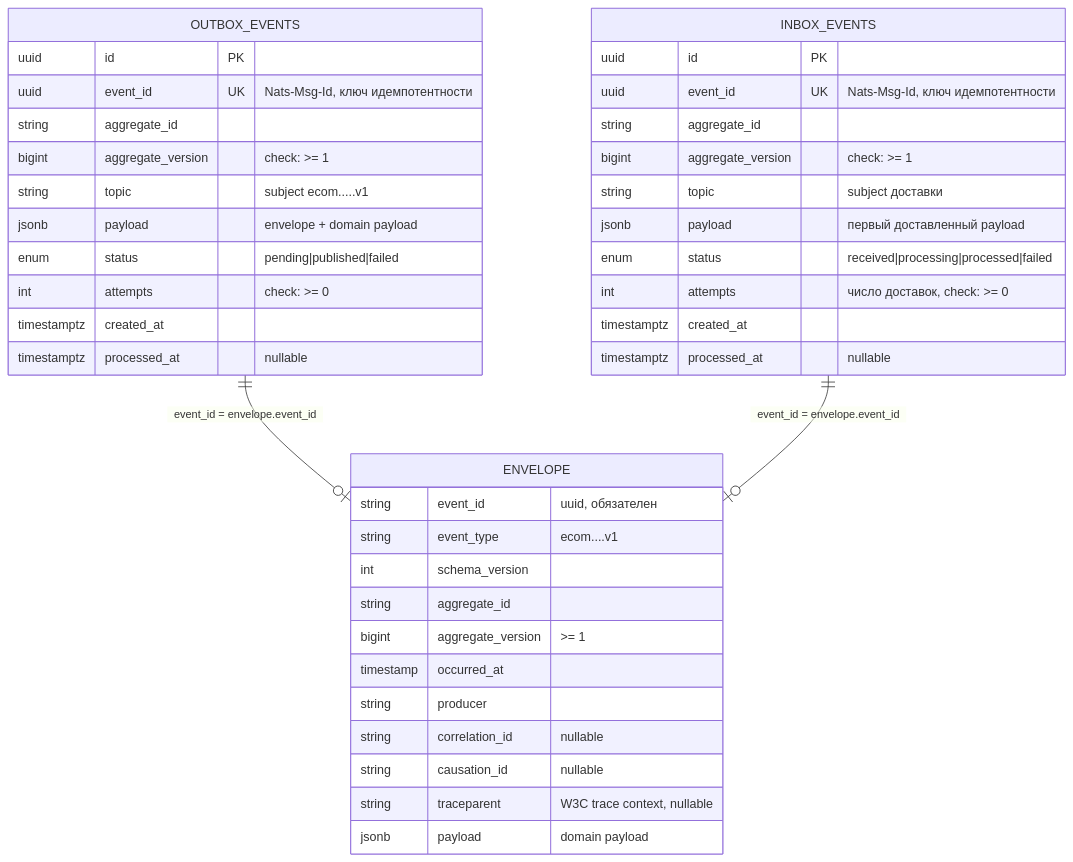
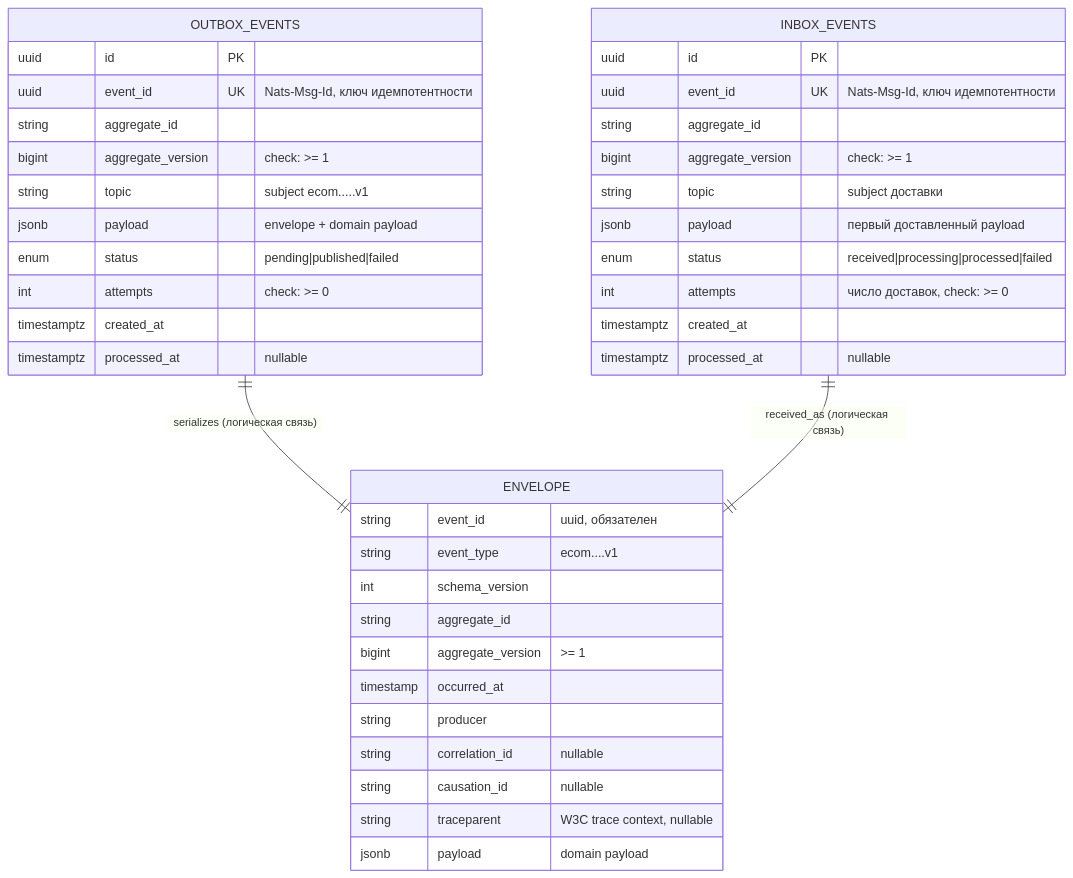
Before and after one commit to devcen-online/ecom-go-outbox: the diagram in docs/ERD.md, drawn with Mermaid. The commit also changed other lines of this file and 1 other file, not shown here.

Commit message:
docs: ERD-OB-001 v0.2.0 и ADR-001 accepted — правки ревью (нумерация S-N, INV-8/INV-9, Q-1 закрыт, кардинальность 1:1)

````diff
--- a/docs/ERD.md
+++ b/docs/ERD.md
@@ -22,43 +23,43 @@
 ```mermaid
 erDiagram
-  OUTBOX_EVENTS ||--o| ENVELOPE : "event_id = envelope.event_id"
-  INBOX_EVENTS ||--o| ENVELOPE : "event_id = envelope.event_id"
+  OUTBOX_EVENTS ||--|| ENVELOPE : "serializes (логическая связь)"
+  INBOX_EVENTS ||--|| ENVELOPE : "received_as (логическая связь)"
 
   OUTBOX_EVENTS {
     uuid id PK
     uuid event_id UK "Nats-Msg-Id, ключ идемпотентности"
     string aggregate_id
     bigint aggregate_version "check: >= 1"
     string topic "subject ecom.<env>.<domain>.<aggregate>.<event>.v1"
     jsonb payload "envelope + domain payload"
     enum status "pending|published|failed"
     int attempts "check: >= 0"
     timestamptz created_at
     timestamptz processed_at "nullable"
   }
   INBOX_EVENTS {
     uuid id PK
     uuid event_id UK "Nats-Msg-Id, ключ идемпотентности"
     string aggregate_id
     bigint aggregate_version "check: >= 1"
     string topic "subject доставки"
     jsonb payload "первый доставленный payload"
     enum status "received|processing|processed|failed"
     int attempts "число доставок, check: >= 0"
     timestamptz created_at
     timestamptz processed_at "nullable"
   }
   ENVELOPE {
     string event_id "uuid, обязателен"
     string event_type "ecom.<domain>.<aggregate>.<event>.v1"
     int schema_version
     string aggregate_id
     bigint aggregate_version ">= 1"
     timestamp occurred_at
     string producer
     string correlation_id "nullable"
     string causation_id "nullable"
     string traceparent "W3C trace context, nullable"
     jsonb payload "domain payload"
   }
 ```
````
